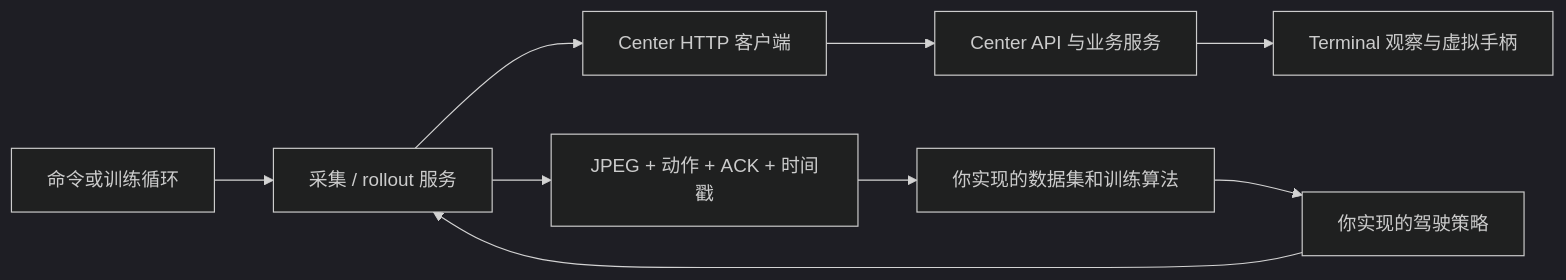
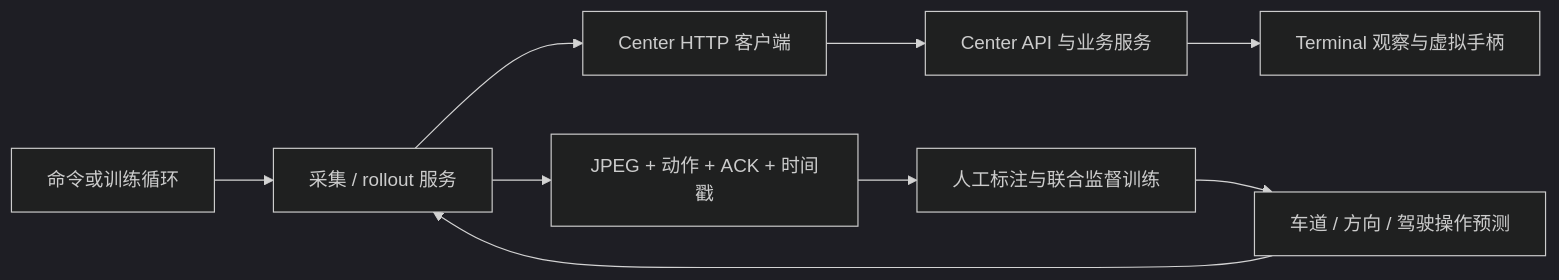
One commit to myBoris/auto_driver changed the diagram in AI/README.md. Above: the diagram before and after it, drawn with Mermaid (dark theme). The commit also changed other lines of this file and 69 other files, not shown here.

````diff
--- a/AI/README.md
+++ b/AI/README.md
@@ -44,11 +50,11 @@
 ```mermaid
 flowchart LR
     CLI[命令或训练循环] --> Service[采集 / rollout 服务]
     Service --> Client[Center HTTP 客户端]
     Client --> Center[Center API 与业务服务]
     Center --> Terminal[Terminal 观察与虚拟手柄]
     Service --> Data[JPEG + 动作 + ACK + 时间戳]
-    Data --> Train[你实现的数据集和训练算法]
-    Train --> Policy[你实现的驾驶策略]
+    Data --> Train[人工标注与联合监督训练]
+    Train --> Policy[车道 / 方向 / 驾驶操作预测]
     Policy --> Service
 ```
````
